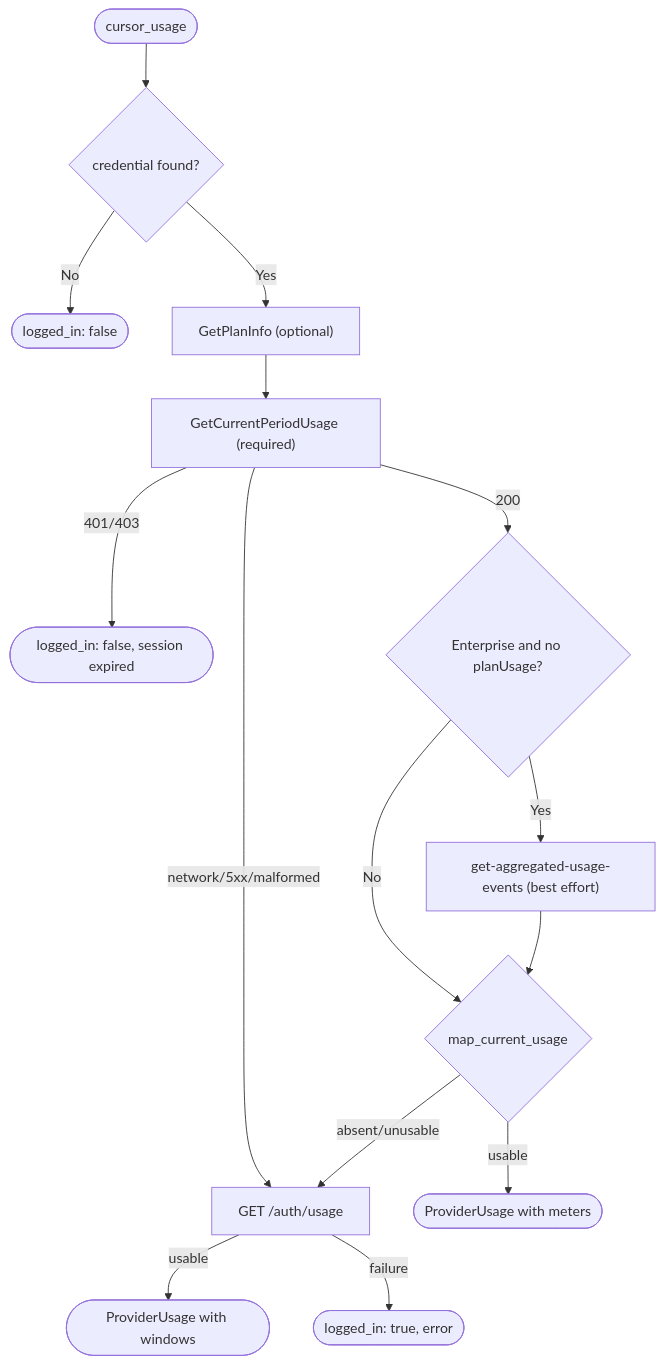
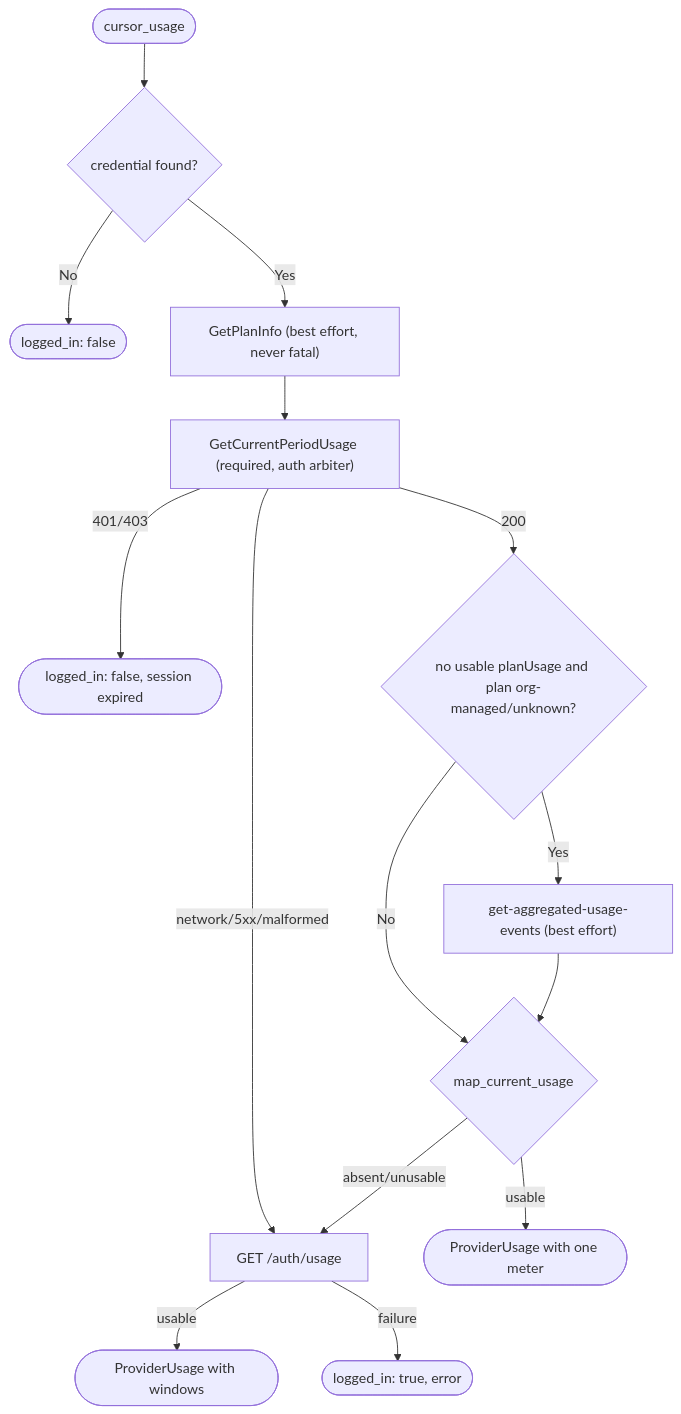
One commit to alondero/buildmesh changed the diagram in docs/specs/cursor-usage-meters.md. Above: the diagram before and after it, drawn with Mermaid. The commit also changed other lines of this file and 2 other files, not shown here.

First line of the commit message:
fix(usage): address Cursor Enterprise review findings (#1674)

````diff
--- a/docs/specs/cursor-usage-meters.md
+++ b/docs/specs/cursor-usage-meters.md
@@ -47,17 +48,17 @@
 ```mermaid
 flowchart TD
     Start([cursor_usage]) --> Token{credential found?}
     Token -- No --> LoggedOut([logged_in: false])
-    Token -- Yes --> Plan["GetPlanInfo (optional)"]
-    Plan --> Period["GetCurrentPeriodUsage (required)"]
+    Token -- Yes --> Plan["GetPlanInfo (best effort, never fatal)"]
+    Plan --> Period["GetCurrentPeriodUsage (required, auth arbiter)"]
     Period -- 401/403 --> LoggedOut2([logged_in: false, session expired])
     Period -- network/5xx/malformed --> Legacy
-    Period -- 200 --> Enterprise{"Enterprise and no planUsage?"}
+    Period -- 200 --> Enterprise{"no usable planUsage and plan org-managed/unknown?"}
     Enterprise -- Yes --> Events["get-aggregated-usage-events (best effort)"]
     Enterprise -- No --> Map
     Events --> Map{map_current_usage}
-    Map -- usable --> Done([ProviderUsage with meters])
+    Map -- usable --> Done([ProviderUsage with one meter])
     Map -- absent/unusable --> Legacy["GET /auth/usage"]
     Legacy -- usable --> Done2([ProviderUsage with windows])
     Legacy -- failure --> Unavailable([logged_in: true, error])
 ```
````
